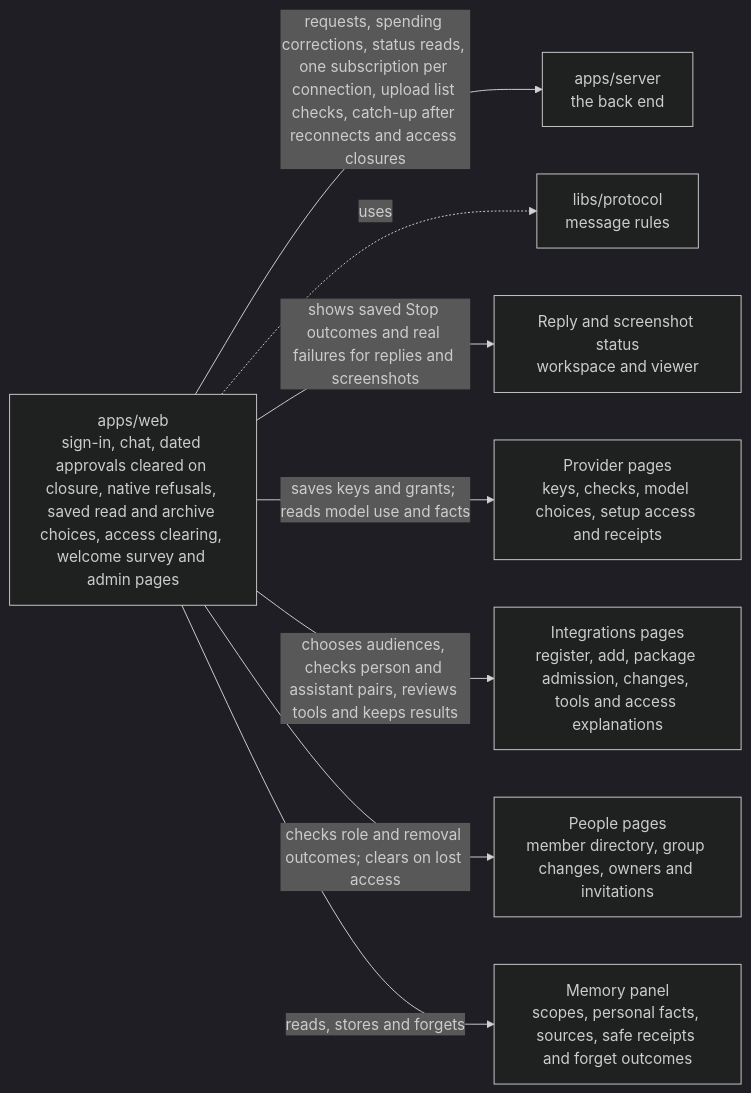
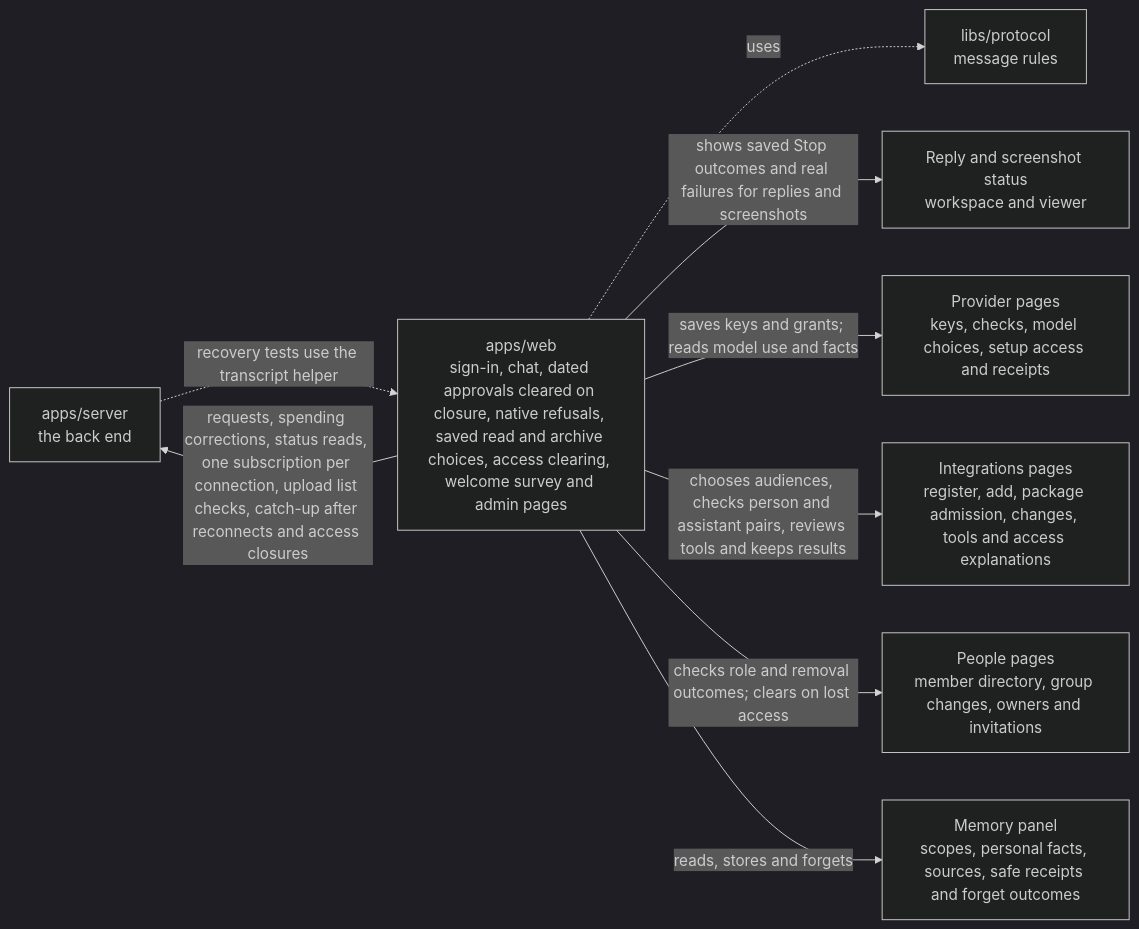
One commit to elewa-git/opencrane-new changed the diagram in apps/web/README.md. Above: the diagram before and after it, drawn with Mermaid (dark theme). The commit also changed other lines of this file and 58 other files, not shown here.

````diff
--- a/apps/web/README.md
+++ b/apps/web/README.md
@@ -11,10 +11,11 @@
 ```mermaid
 flowchart LR
+  server -.->|recovery tests use the transcript helper| web
   web["apps/web<br/>sign-in, chat, dated approvals cleared on closure, native refusals, saved read and archive choices, access clearing, welcome survey and admin pages"] -->|requests, spending corrections, status reads, one subscription per connection, upload list checks, catch-up after reconnects and access closures| server["apps/server<br/>the back end"]
   web -.->|uses| protocol["libs/protocol<br/>message rules"]
   web -->|shows saved Stop outcomes and real failures for replies and screenshots| capture["Reply and screenshot status<br/>workspace and viewer"]
   web -->|saves keys and grants; reads model use and facts| providers["Provider pages<br/>keys, checks, model choices, setup access and receipts"]
   web -->|chooses audiences, checks person and assistant pairs, reviews tools and keeps results| integrations["Integrations pages<br/>register, add, package admission, changes, tools and access explanations"]
   web -->|checks role and removal outcomes; clears on lost access| people["People pages<br/>member directory, group changes, owners and invitations"]
   web -->|reads, stores and forgets| memory["Memory panel<br/>scopes, personal facts, sources, safe receipts and forget outcomes"]
 ```
````
